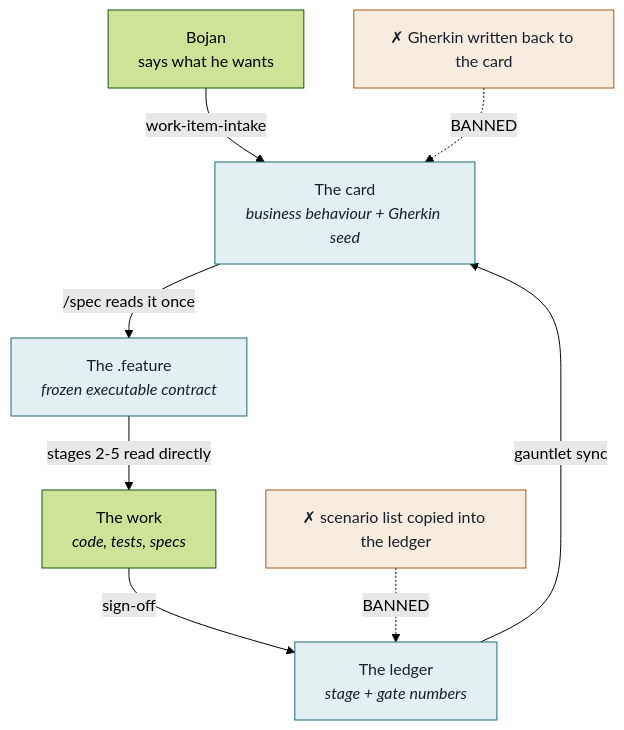
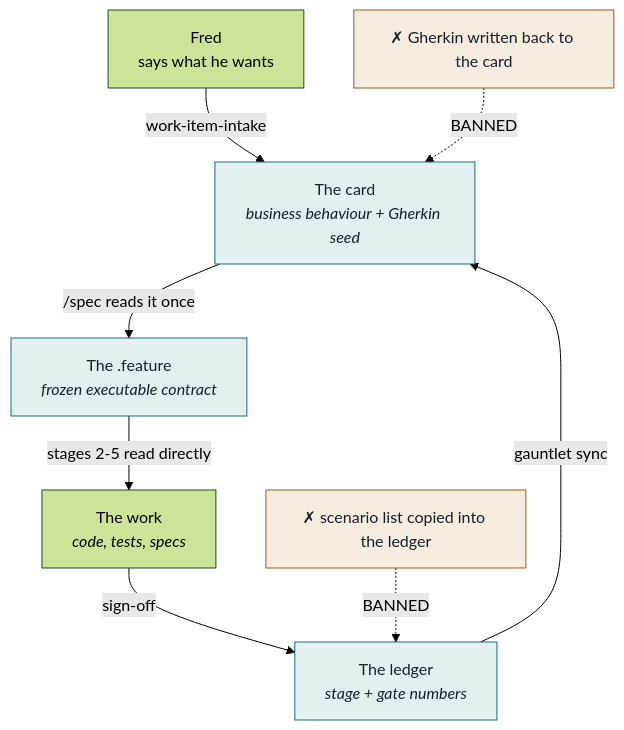
One commit to penguin3d/Fred-Roberts.net changed the first of 8 diagrams in docs/agent-operating-model.md. Above: the diagram before and after it, drawn with Mermaid (forest theme). The commit also changed other lines of this file and 42 other files, not shown here.

````diff
--- a/docs/agent-operating-model.md
+++ b/docs/agent-operating-model.md
@@ -23,17 +23,17 @@
 ```mermaid
 flowchart TD
-    B["Bojan<br/>says what he wants"] -->|work-item-intake| C["The card<br/><i>business behaviour + Gherkin seed</i>"]
+    B["Fred<br/>says what he wants"] -->|work-item-intake| C["The card<br/><i>business behaviour + Gherkin seed</i>"]
     C -->|"/spec reads it once"| F["The .feature<br/><i>frozen executable contract</i>"]
     F -->|"stages 2-5 read directly"| W["The work<br/><i>code, tests, specs</i>"]
     W -->|"sign-off"| L["The ledger<br/><i>stage + gate numbers</i>"]
     L -->|"gauntlet sync"| C
 
     X["✗ Gherkin written back to the card"] -.->|BANNED| C
     Y["✗ scenario list copied into the ledger"] -.->|BANNED| L
 
     style C fill:#E3F0F1,stroke:#1A6B76,color:#16202B
     style F fill:#E3F0F1,stroke:#1A6B76,color:#16202B
     style L fill:#E3F0F1,stroke:#1A6B76,color:#16202B
     style X fill:#F7ECE0,stroke:#A55A16,color:#16202B
     style Y fill:#F7ECE0,stroke:#A55A16,color:#16202B
 ```
````
